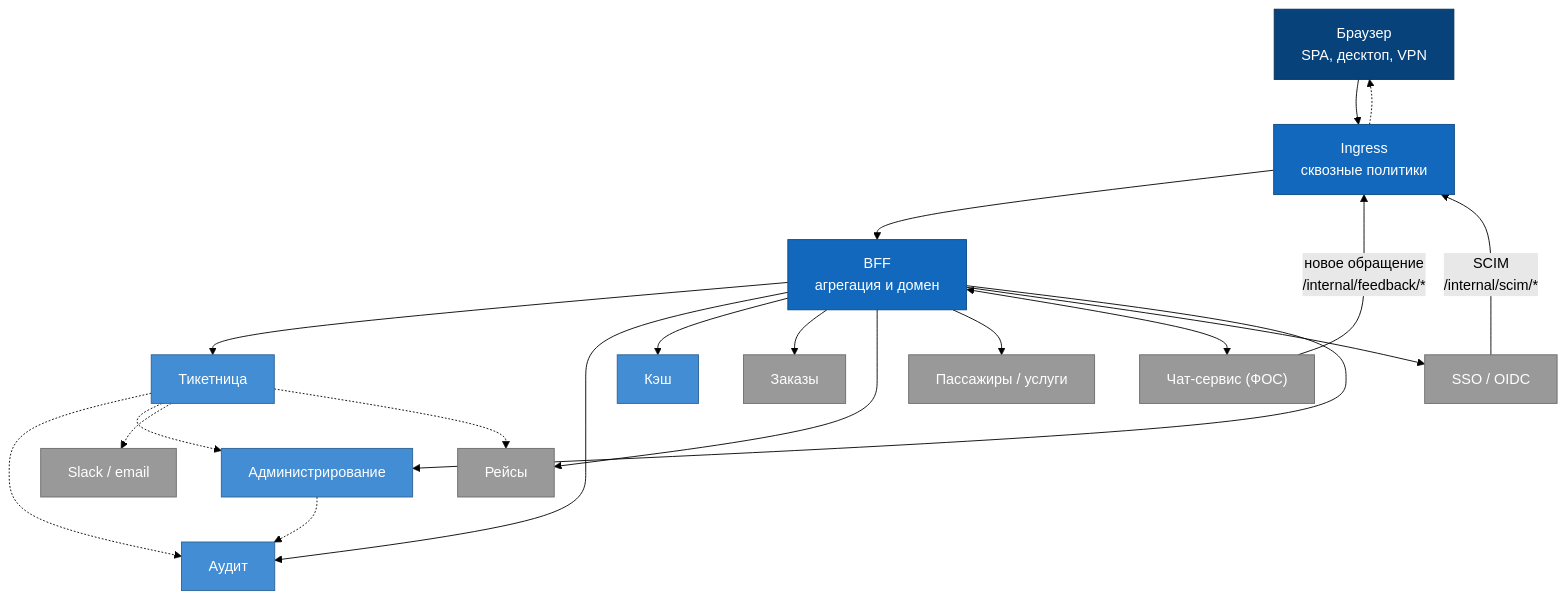
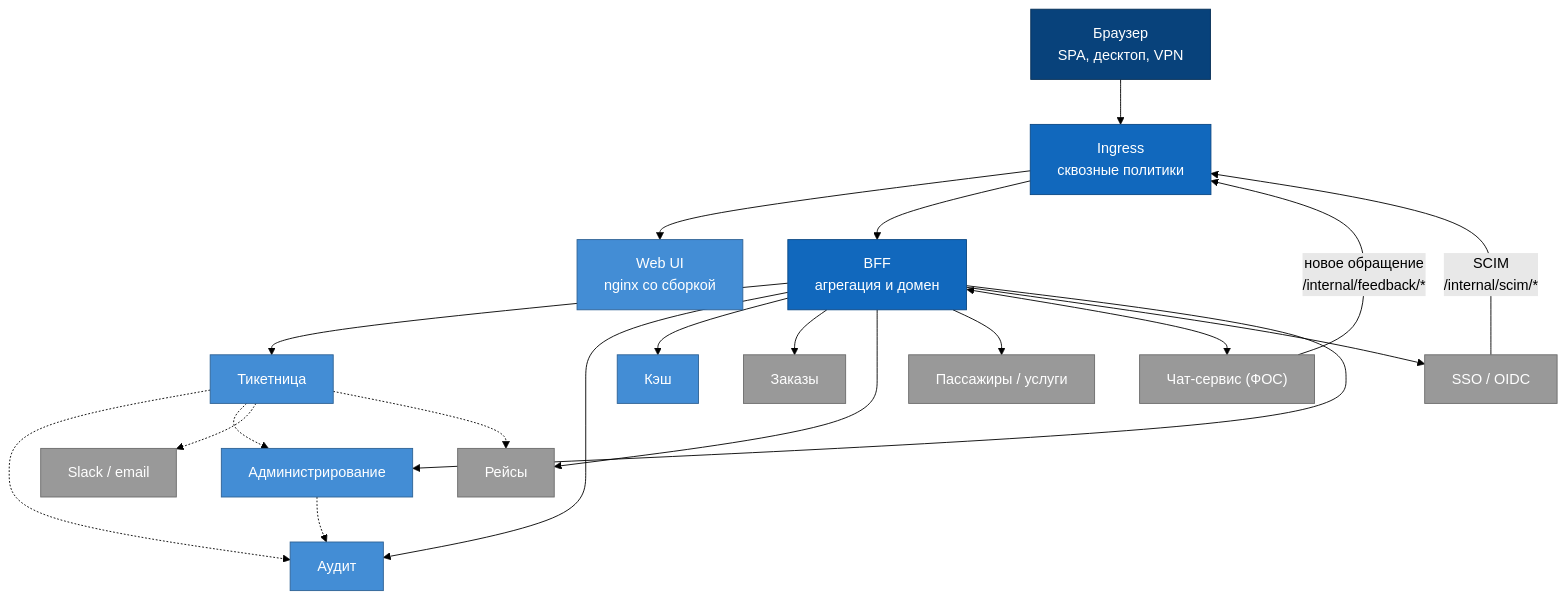
One commit to lionlimon/otus_lessons changed the first of 2 diagrams in docs/views/entry-layer.md. Above: the diagram before and after it, drawn with Mermaid (forest theme). The commit also changed other lines of this file and 15 other files, not shown here.

````diff
--- a/docs/views/entry-layer.md
+++ b/docs/views/entry-layer.md
@@ -9,36 +9,36 @@
 ```mermaid
 graph TB
     B["Браузер<br/>SPA, десктоп, VPN"]
 
     B --> I["Ingress<br/>сквозные политики"]
+    I --> W["Web UI<br/>nginx со сборкой"]
     I --> F["BFF<br/>агрегация и домен"]
 
     F --> T["Тикетница"]
     F --> AU["Аудит"]
     F --> C["Кэш"]
     F --> O["Заказы"]
     F --> FL["Рейсы"]
     F --> P["Пассажиры / услуги"]
     F <--> CH["Чат-сервис (ФОС)"]
     F --> ID["SSO / OIDC"]
     F --> AD["Администрирование"]
     CH -->|"новое обращение<br/>/internal/feedback/*"| I
     ID -->|"SCIM<br/>/internal/scim/*"| I
 
-    I -.-> B
     T -.-> AU
     T -.-> AD
     AD -.-> AU
     T -.-> SL["Slack / email"]
     T -.-> FL
 
     classDef client fill:#08427b,stroke:#052e56,color:#ffffff;
     classDef entry fill:#1168bd,stroke:#0b4884,color:#ffffff;
     classDef svc fill:#438dd5,stroke:#2e6295,color:#ffffff;
     classDef ext fill:#999999,stroke:#6b6b6b,color:#ffffff;
 
     class B client
     class I,F entry
-    class T,AU,C,AD svc
+    class T,AU,C,AD,W svc
     class O,FL,P,CH,ID,SL ext
 ```
````
